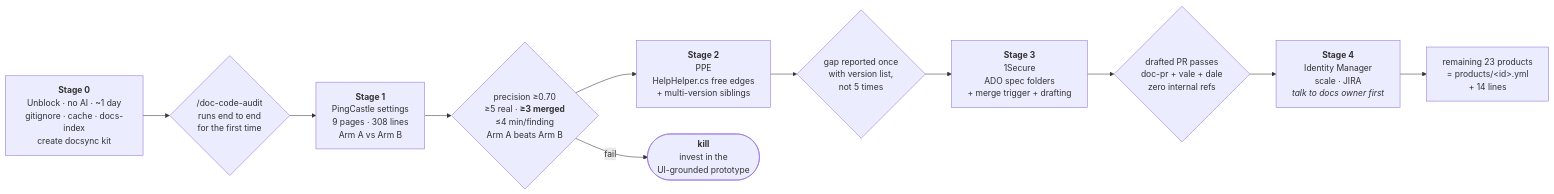
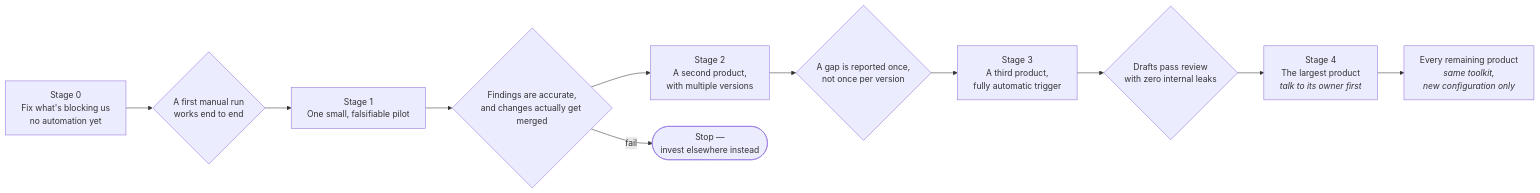
The seventh of 7 diagrams in docsync/xchange-article.md (netwrix/docs), drawn with Mermaid before and after one commit. The commit also changed other lines of this file, not shown here.

First line of the commit message:
Simplify the docsync article to focus on concepts, not tooling

````diff
--- a/docsync/xchange-article.md
+++ b/docsync/xchange-article.md
@@ -310,16 +286,16 @@
 ```mermaid
 flowchart LR
-  S0["<b>Stage 0</b><br/>Unblock · no AI · ~1 day<br/>gitignore · cache · docs-index<br/>create docsync kit"]
-  G0{"/doc-code-audit<br/>runs end to end<br/>for the first time"}
-  S1["<b>Stage 1</b><br/>PingCastle settings<br/>9 pages · 308 lines<br/>Arm A vs Arm B"]
-  G1{"precision ≥0.70<br/>≥5 real · <b>≥3 merged</b><br/>≤4 min/finding<br/>Arm A beats Arm B"}
-  S2["<b>Stage 2</b><br/>PPE<br/>HelpHelper.cs free edges<br/>+ multi-version siblings"]
-  G2{"gap reported once<br/>with version list,<br/>not 5 times"}
-  S3["<b>Stage 3</b><br/>1Secure<br/>ADO spec folders<br/>+ merge trigger + drafting"]
-  G3{"drafted PR passes<br/>doc-pr + vale + dale<br/>zero internal refs"}
-  S4["<b>Stage 4</b><br/>Identity Manager<br/>scale · JIRA<br/><i>talk to docs owner first</i>"]
-  S5["remaining 23 products<br/>= products/&lt;id&gt;.yml<br/>+ 14 lines"]
+  S0["Stage 0<br/>Fix what's blocking us<br/>no automation yet"]
+  G0{"A first manual run<br/>works end to end"}
+  S1["Stage 1<br/>One small, falsifiable pilot"]
+  G1{"Findings are accurate,<br/>and changes actually get merged"}
+  S2["Stage 2<br/>A second product,<br/>with multiple versions"]
+  G2{"A gap is reported once,<br/>not once per version"}
+  S3["Stage 3<br/>A third product,<br/>fully automatic trigger"]
+  G3{"Drafts pass review<br/>with zero internal leaks"}
+  S4["Stage 4<br/>The largest product<br/><i>talk to its owner first</i>"]
+  S5["Every remaining product<br/><i>same toolkit,<br/>new configuration only</i>"]
 
   S0 --> G0 --> S1 --> G1 --> S2 --> G2 --> S3 --> G3 --> S4 --> S5
-  G1 -- fail --> KILL(["<b>kill</b><br/>invest in the<br/>UI-grounded prototype"])
+  G1 -- fail --> KILL(["Stop —<br/>invest elsewhere instead"])
 ```
````
